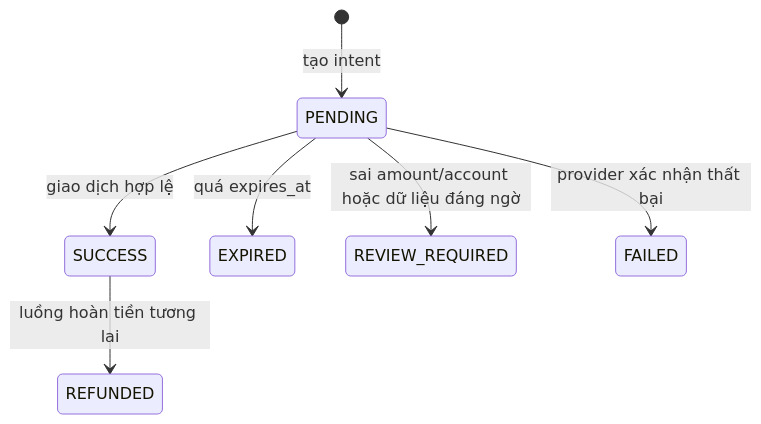
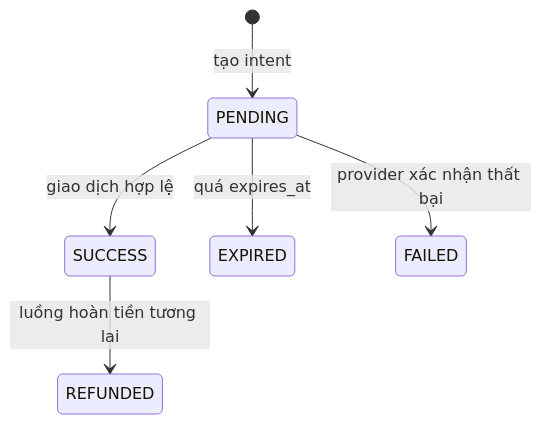
One commit to lethanh2006/PAYMENT_SERVICE changed the second of 3 diagrams in PAYMENT_SERVICE_GUIDE.md. Above: the diagram before and after it, drawn with Mermaid. The commit also changed other lines of this file and 4 other files, not shown here.

````diff
--- a/PAYMENT_SERVICE_GUIDE.md
+++ b/PAYMENT_SERVICE_GUIDE.md
@@ -175,9 +175,8 @@
 ```mermaid
 stateDiagram-v2
     [*] --> PENDING: tạo intent
     PENDING --> SUCCESS: giao dịch hợp lệ
     PENDING --> EXPIRED: quá expires_at
-    PENDING --> REVIEW_REQUIRED: sai amount/account hoặc dữ liệu đáng ngờ
     PENDING --> FAILED: provider xác nhận thất bại
     SUCCESS --> REFUNDED: luồng hoàn tiền tương lai
 ```
````
